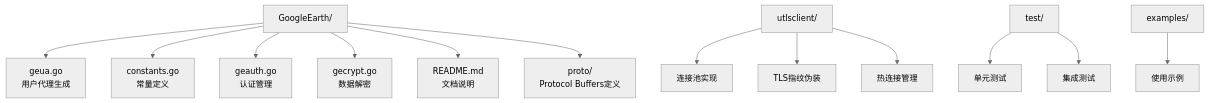
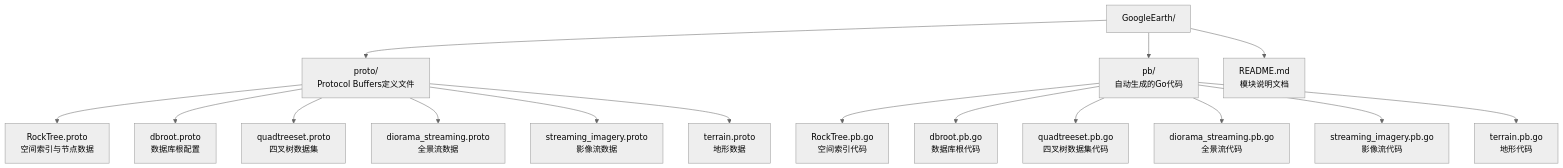
Before and after one commit to vistone/crawler-platform: the first of 5 diagrams in .qoder/repowiki/zh/content/核心功能/Google Earth 用户代理.md, drawn with Mermaid (neutral theme). The commit also changed other lines of this file and 40 other files, not shown here.

````diff
--- a/.qoder/repowiki/zh/content/核心功能/Google Earth 用户代理.md
+++ b/.qoder/repowiki/zh/content/核心功能/Google Earth 用户代理.md
@@ -43,15 +58,18 @@
 ```mermaid
 graph TD
-A[GoogleEarth/] --> B[geua.go<br/>用户代理生成]
-A --> C[constants.go<br/>常量定义]
-A --> D[geauth.go<br/>认证管理]
-A --> E[gecrypt.go<br/>数据解密]
-A --> F[README.md<br/>文档说明]
-A --> G[proto/<br/>Protocol Buffers定义]
-H[utlsclient/] --> I[连接池实现]
-H --> J[TLS指纹伪装]
-H --> K[热连接管理]
-L[test/] --> M[单元测试]
-L --> N[集成测试]
-O[examples/] --> P[使用示例]
+A[GoogleEarth/] --> B[proto/<br/>Protocol Buffers定义文件]
+A --> C[pb/<br/>自动生成的Go代码]
+A --> D[README.md<br/>模块说明文档]
+B --> E[RockTree.proto<br/>空间索引与节点数据]
+B --> F[dbroot.proto<br/>数据库根配置]
+B --> G[quadtreeset.proto<br/>四叉树数据集]
+B --> H[diorama_streaming.proto<br/>全景流数据]
+B --> I[streaming_imagery.proto<br/>影像流数据]
+B --> J[terrain.proto<br/>地形数据]
+C --> K[RockTree.pb.go<br/>空间索引代码]
+C --> L[dbroot.pb.go<br/>数据库根代码]
+C --> M[quadtreeset.pb.go<br/>四叉树数据集代码]
+C --> N[diorama_streaming.pb.go<br/>全景流代码]
+C --> O[streaming_imagery.pb.go<br/>影像流代码]
+C --> P[terrain.pb.go<br/>地形代码]
 ```
````
